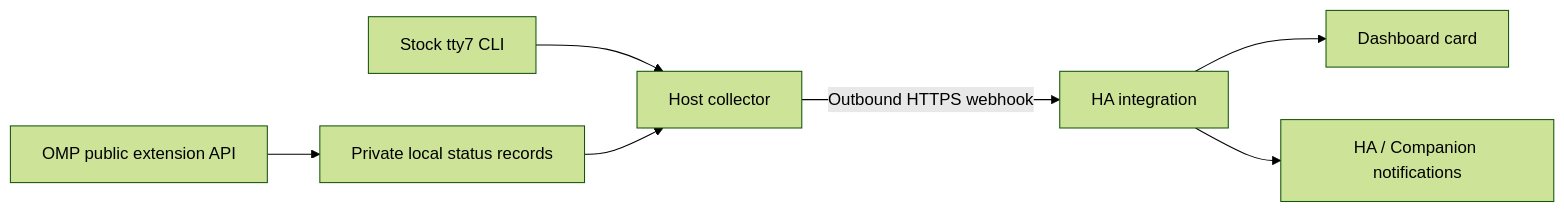
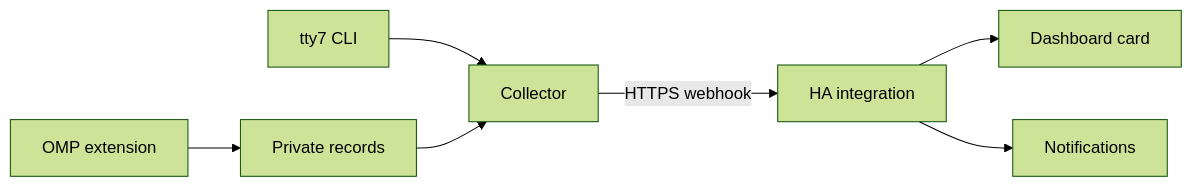
One commit to angelwzr/HA-tty7 changed the diagram in README.md. Above: the diagram before and after it, drawn with Mermaid (forest theme).

Commit message:
docs: keep architecture labels readable on GitHub

````diff
--- a/README.md
+++ b/README.md
@@ -27,11 +27,11 @@
 ```mermaid
 flowchart LR
     accTitle: HA-tty7 monitoring data flow
     accDescr: The host collector combines stock tty7 metadata with the managed Oh My Pi native reporter, sends validated snapshots to Home Assistant over HTTPS, and Home Assistant supplies the dashboard and notifications.
-    tty7["Stock tty7 CLI"] --> collector["Host collector"]
-    omp["OMP public extension API"] --> cache["Private local status records"]
+    tty7["tty7 CLI"] --> collector["Collector"]
+    omp["OMP extension"] --> cache["Private records"]
     cache --> collector
-    collector -->|"Outbound HTTPS webhook"| integration["HA integration"]
+    collector -->|"HTTPS webhook"| integration["HA integration"]
     integration --> card["Dashboard card"]
-    integration --> alerts["HA / Companion notifications"]
+    integration --> alerts["Notifications"]
 ```
````
